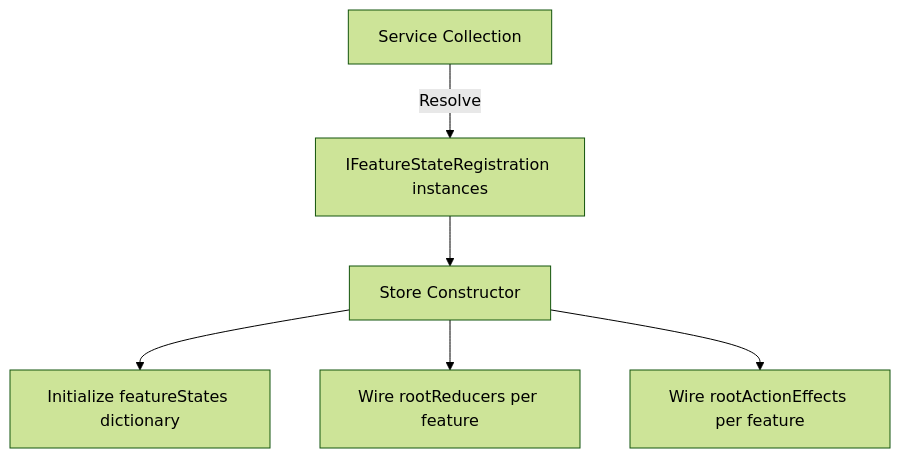
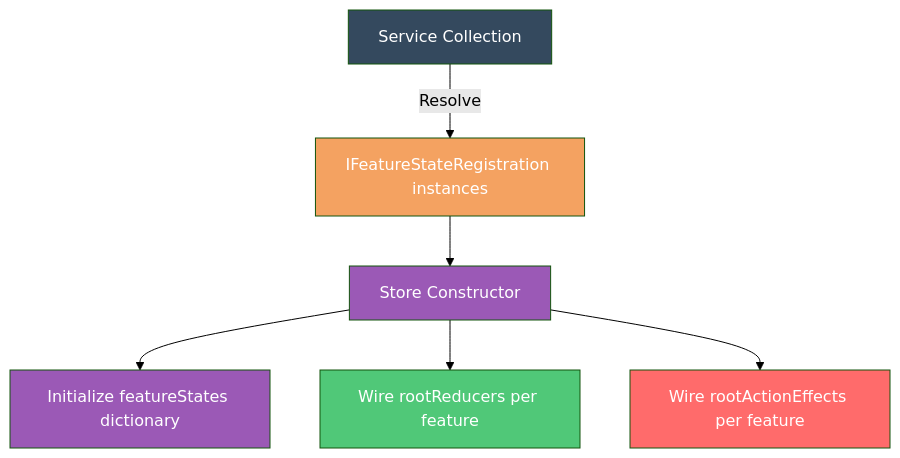
The diagram in docs/Docusaurus/docs/client-state-management/feature-state.md (Gibbs-Morris/mississippi), drawn with Mermaid (forest theme) before and after one commit. The commit also changed other lines of this file and 8 other files, not shown here.

````diff
--- a/docs/Docusaurus/docs/client-state-management/feature-state.md
+++ b/docs/Docusaurus/docs/client-state-management/feature-state.md
@@ -225,8 +129,15 @@
 ```mermaid
 flowchart TB
     A[Service Collection] -->|Resolve| B[IFeatureStateRegistration instances]
     B --> C[Store Constructor]
     C --> D[Initialize featureStates dictionary]
     C --> E[Wire rootReducers per feature]
     C --> F[Wire rootActionEffects per feature]
+    
+    style A fill:#34495e,color:#fff
+    style B fill:#f4a261,color:#fff
+    style C fill:#9b59b6,color:#fff
+    style D fill:#9b59b6,color:#fff
+    style E fill:#50c878,color:#fff
+    style F fill:#ff6b6b,color:#fff
 ```
````
